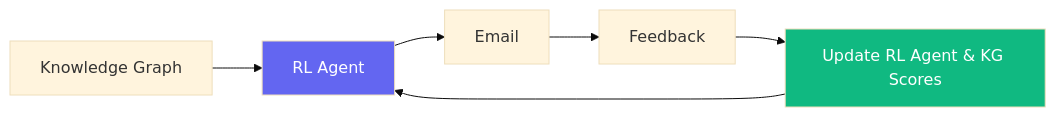
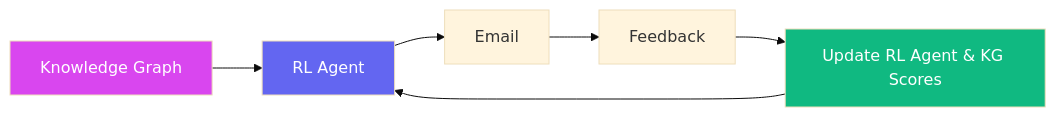
The second of 3 diagrams in README.md (kirilligum/co-dreamer-hackathon-20251011), drawn with Mermaid (base theme) before and after one commit. The commit also changed other lines of this file, not shown here.

Commit message:
docs: Update README with new flowchart styles

````diff
--- a/README.md
+++ b/README.md
@@ -50,10 +51,11 @@
 ```mermaid
 flowchart LR
     A[Knowledge Graph] --> B[RL Agent]
     B --> C[Email]
     C --> D[Feedback]
     D --> E[Update RL Agent & KG Scores]
     E --> B
+    style A fill:#d946ef,color:#fff
     style B fill:#6366f1,color:#fff
     style E fill:#10b981,color:#fff
 ```
````
